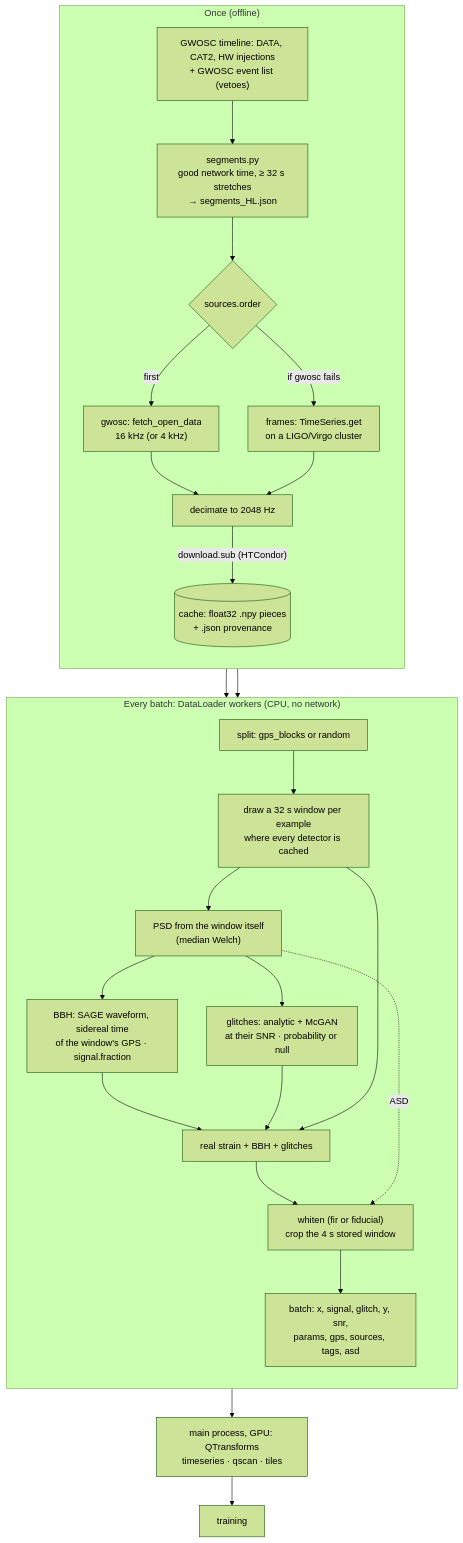
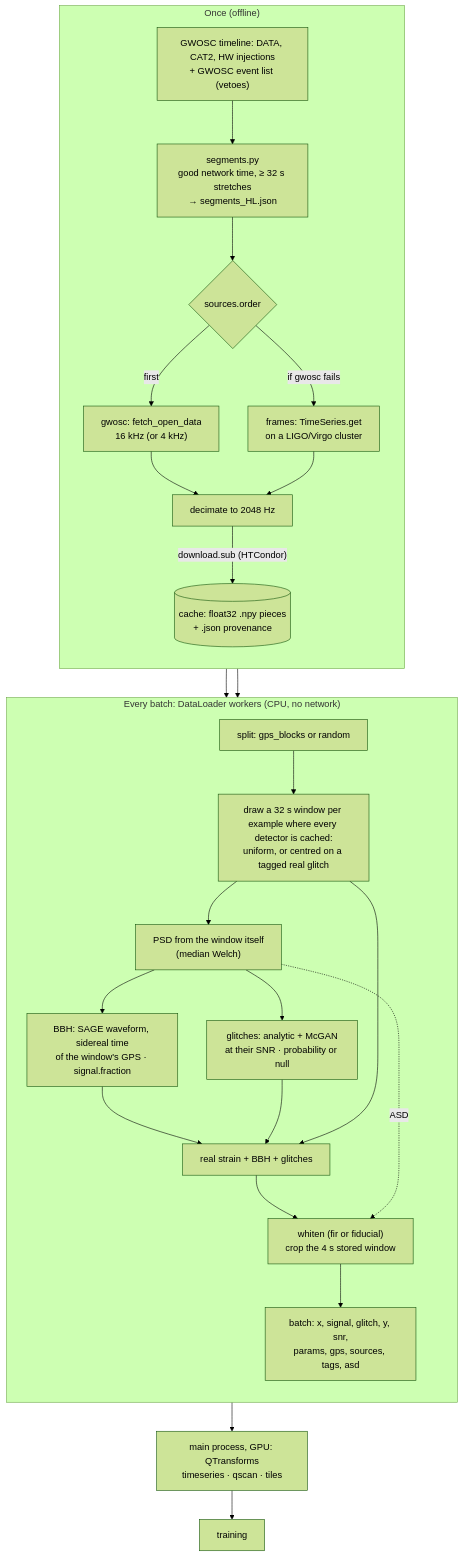
Before and after one commit to MelissaLP/sage: the diagram in eucaif/v3/README.md, drawn with Mermaid (forest theme). The commit also changed other lines of this file and 4 other files, not shown here.

````diff
--- a/eucaif/v3/README.md
+++ b/eucaif/v3/README.md
@@ -35,39 +35,39 @@
 ```mermaid
 flowchart TD
     subgraph once["Once (offline)"]
         direction TB
         DQ["GWOSC timeline: DATA, CAT2, HW injections<br/>+ GWOSC event list (vetoes)"]
         SEG["segments.py<br/>good network time, ≥ 32 s stretches<br/>→ segments_HL.json"]
         SRC{"sources.order"}
         GW["gwosc: fetch_open_data<br/>16 kHz (or 4 kHz)"]
         FR["frames: TimeSeries.get<br/>on a LIGO/Virgo cluster"]
         DEC["decimate to 2048 Hz"]
         CACHE[("cache: float32 .npy pieces<br/>+ .json provenance")]
         DQ --> SEG --> SRC
         SRC -->|first| GW --> DEC
         SRC -->|if gwosc fails| FR --> DEC
         DEC -->|"download.sub (HTCondor)"| CACHE
     end
 
     subgraph fly["Every batch: DataLoader workers (CPU, no network)"]
         direction TB
         SPLIT["split: gps_blocks or random"]
-        WIN["draw a 32 s window per example<br/>where every detector is cached"]
+        WIN["draw a 32 s window per example where every detector is cached:<br/>uniform, or centred on a tagged real glitch"]
         PSD["PSD from the window itself<br/>(median Welch)"]
         BBH["BBH: SAGE waveform, sidereal time<br/>of the window's GPS · signal.fraction"]
         GL["glitches: analytic + McGAN<br/>at their SNR · probability or null"]
         SUM["real strain + BBH + glitches"]
         WH["whiten (fir or fiducial)<br/>crop the 4 s stored window"]
         OUT["batch: x, signal, glitch, y, snr,<br/>params, gps, sources, tags, asd"]
         SPLIT --> WIN --> PSD
         PSD --> BBH --> SUM
         PSD --> GL --> SUM
         WIN --> SUM
         SUM --> WH --> OUT
         PSD -.->|ASD| WH
     end
 
     SEG --> SPLIT
     CACHE --> WIN
     OUT --> INP["main process, GPU: QTransforms<br/>timeseries · qscan · tiles"] --> TRAIN["training"]
 ```
````
